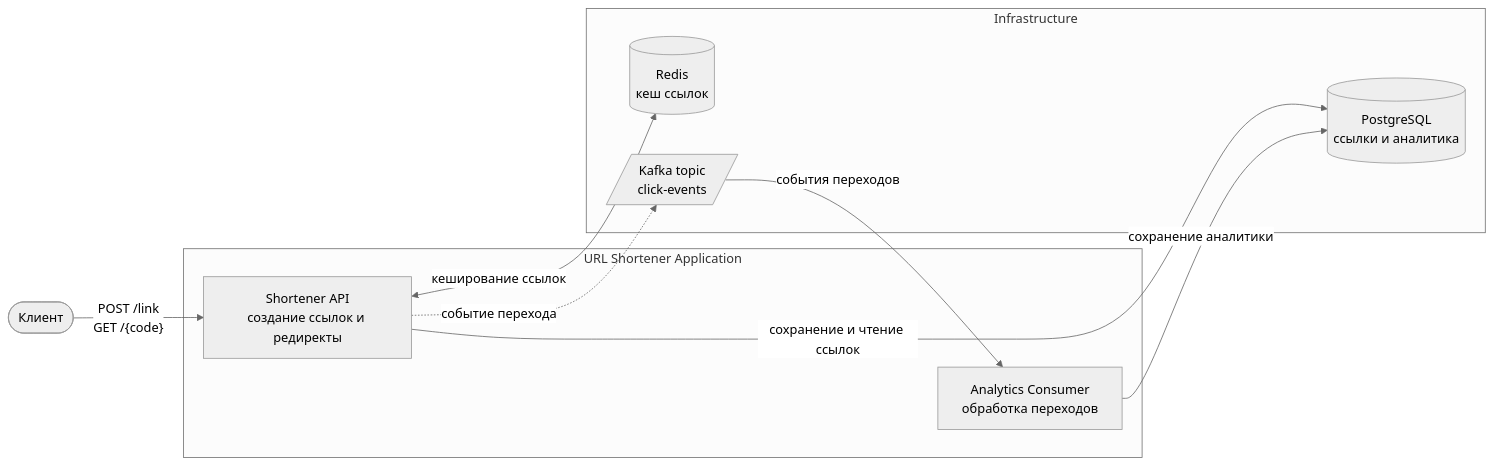
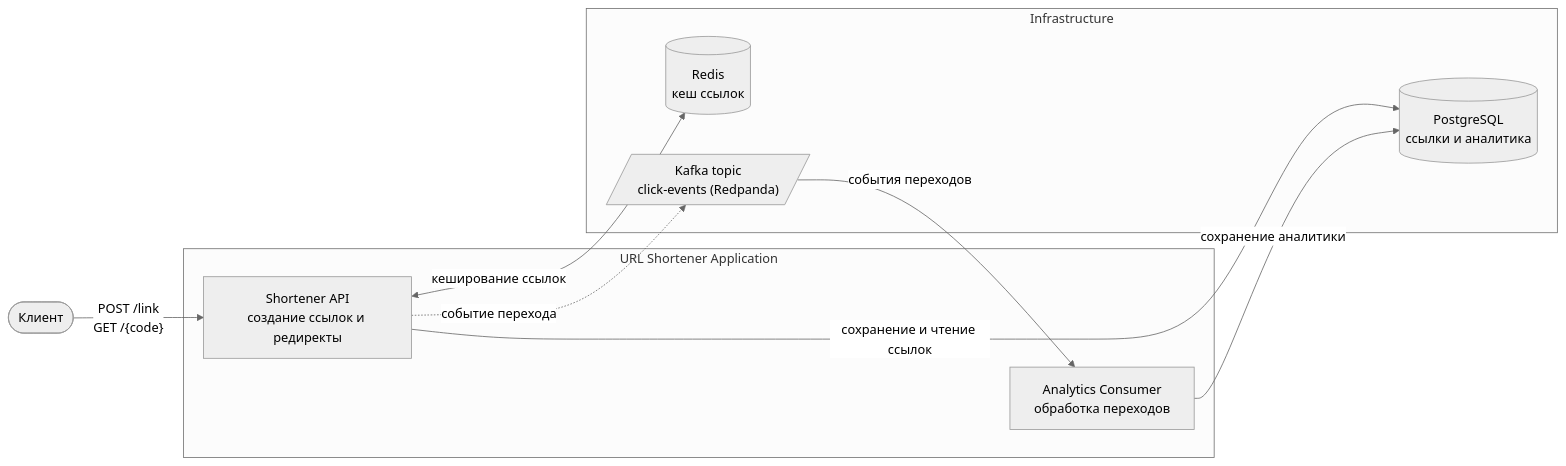
One commit to vladislav-koval/url-shortener changed the diagram in README.md. Above: the diagram before and after it, drawn with Mermaid (neutral theme). The commit also changed other lines of this file and 5 other files, not shown here.

Commit message:
change kafka to redpanda (#15)

````diff
--- a/README.md
+++ b/README.md
@@ -31,24 +31,24 @@
 ```mermaid
 flowchart LR
     Client([Клиент])
 
     subgraph Application["URL Shortener Application"]
         Shortener["Shortener API<br/>создание ссылок и редиректы"]
         Consumer["Analytics Consumer<br/>обработка переходов"]
     end
 
     subgraph Infrastructure["Infrastructure"]
         Redis[("Redis<br/>кеш ссылок")]
-        Kafka[/"Kafka topic<br/>click-events"/]
+        Kafka[/"Kafka topic<br/>click-events (Redpanda)"/]
         Postgres[("PostgreSQL<br/>ссылки и аналитика")]
     end
 
     Client -->|"POST /link<br/>GET /{code}"| Shortener
 
     Shortener <-->|"кеширование ссылок"| Redis
     Shortener -->|"сохранение и чтение ссылок"| Postgres
 
     Shortener -.->|"событие перехода"| Kafka
     Kafka -->|"события переходов"| Consumer
     Consumer -->|"сохранение аналитики"| Postgres
 ```
````
